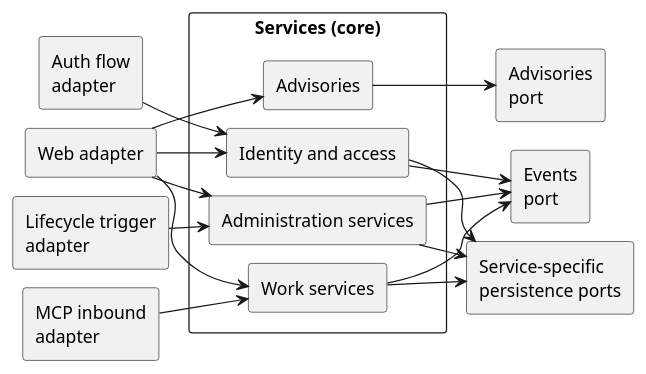
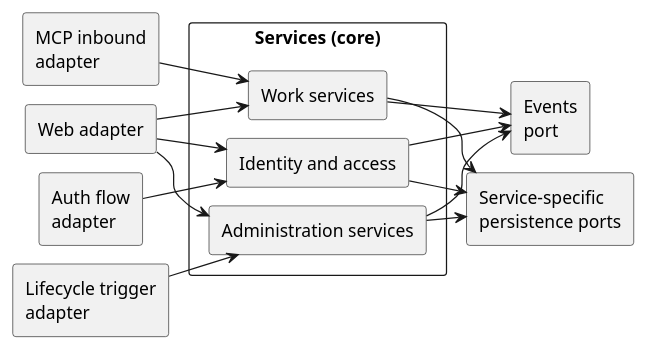
The second of 15 diagrams in docs/architecture.md (uCore7/trawhile), drawn with PlantUML before and after one commit. The commit also changed other lines of this file and 6 other files, not shown here.

````diff
--- a/docs/architecture.md
+++ b/docs/architecture.md
@@ -165,41 +165,37 @@
 ```plantuml
 @startuml
 left to right direction
 skinparam componentStyle rectangle
 skinparam nodesep 15
 skinparam ranksep 20
 
 component "Web adapter" as WebInbound
 component "MCP inbound\nadapter" as McpInbound
 component "Auth flow\nadapter" as AuthFlowInbound
 component "Lifecycle trigger\nadapter" as LifecycleInbound
 
 component "Events\nport" as EventPort
 component "Service-specific\npersistence ports" as PersistencePorts
-component "Advisories\nport" as AdvisoryPort
 
 rectangle "Services (core)" as Services {
   component "Work services" as Work
   component "Identity and access" as IdAccess
   component "Administration services" as Admin
-  component "Advisories" as Advisories
 }
 
 WebInbound --> Work
 WebInbound --> IdAccess
 WebInbound --> Admin
-WebInbound --> Advisories
 McpInbound --> Work
 AuthFlowInbound --> IdAccess
 LifecycleInbound --> Admin
 
 Work --> PersistencePorts
 IdAccess --> PersistencePorts
 Admin --> PersistencePorts
-Advisories --> AdvisoryPort
 
 Work --> EventPort
 IdAccess --> EventPort
 Admin --> EventPort
 @enduml
 ```
````
